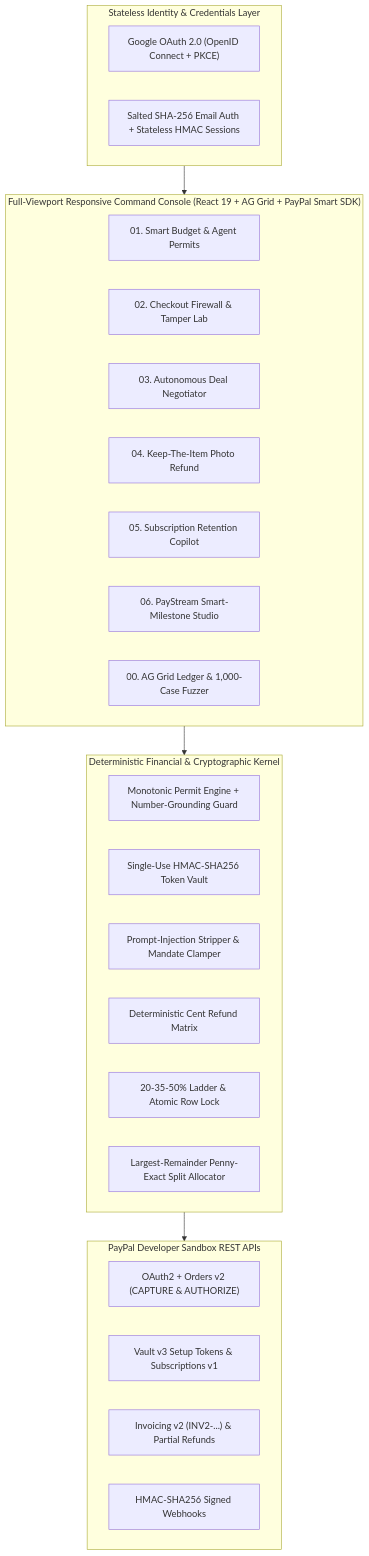
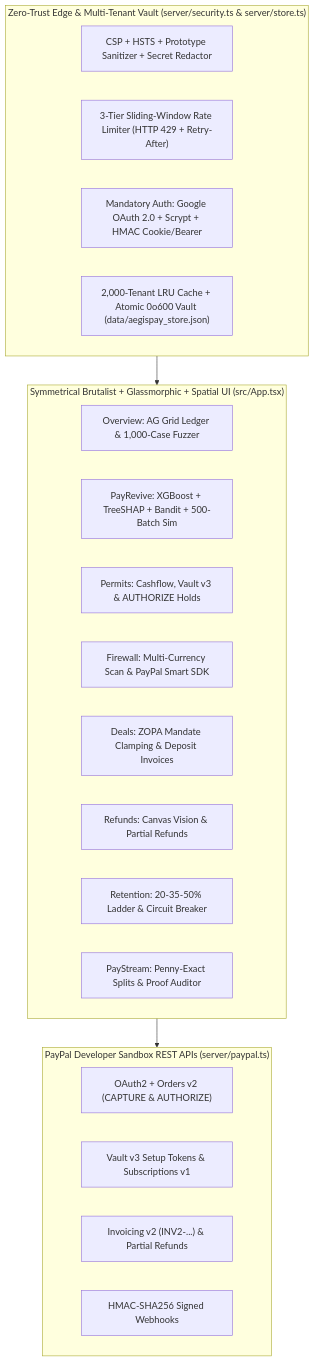
One commit to A-P-S-Bhaidav/PayPal_Hackathon changed the diagram in docs/SYSTEM_ARCHITECTURE.md. Above: the diagram before and after it, drawn with Mermaid. The commit also changed other lines of this file and 35 other files, not shown here.

Commit message:
feat(v3): add PayRevive XGBoost+SHAP+Bandit recovery, mandatory zero-trust auth, multi-tenant vault, rate limiting, and Brutalist Spatial UI

````diff
--- a/docs/SYSTEM_ARCHITECTURE.md
+++ b/docs/SYSTEM_ARCHITECTURE.md
@@ -28,37 +21,30 @@
 ```mermaid
 flowchart TB
-    subgraph Identity["Stateless Identity & Credentials Layer"]
-        ID1["Google OAuth 2.0 (OpenID Connect + PKCE)"]
-        ID2["Salted SHA-256 Email Auth + Stateless HMAC Sessions"]
+    subgraph Security["Zero-Trust Edge & Multi-Tenant Vault (server/security.ts & server/store.ts)"]
+        S1["CSP + HSTS + Prototype Sanitizer + Secret Redactor"]
+        S2["3-Tier Sliding-Window Rate Limiter (HTTP 429 + Retry-After)"]
+        S3["Mandatory Auth: Google OAuth 2.0 + Scrypt + HMAC Cookie/Bearer"]
+        S4["2,000-Tenant LRU Cache + Atomic 0o600 Vault (data/aegispay_store.json)"]
     end
 
-    subgraph Console["Full-Viewport Responsive Command Console (React 19 + AG Grid + PayPal Smart SDK)"]
-        M1["01. Smart Budget & Agent Permits"]
-        M2["02. Checkout Firewall & Tamper Lab"]
-        M3["03. Autonomous Deal Negotiator"]
-        M4["04. Keep-The-Item Photo Refund"]
-        M5["05. Subscription Retention Copilot"]
-        M6["06. PayStream Smart-Milestone Studio"]
-        M0["00. AG Grid Ledger & 1,000-Case Fuzzer"]
+    subgraph Console["Symmetrical Brutalist + Glassmorphic + Spatial UI (src/App.tsx)"]
+        M0["Overview: AG Grid Ledger & 1,000-Case Fuzzer"]
+        M7["PayRevive: XGBoost + TreeSHAP + Bandit + 500-Batch Sim"]
+        M1["Permits: Cashflow, Vault v3 & AUTHORIZE Holds"]
+        M2["Firewall: Multi-Currency Scan & PayPal Smart SDK"]
+        M3["Deals: ZOPA Mandate Clamping & Deposit Invoices"]
+        M4["Refunds: Canvas Vision & Partial Refunds"]
+        M5["Retention: 20-35-50% Ladder & Circuit Breaker"]
+        M6["PayStream: Penny-Exact Splits & Proof Auditor"]
     end
 
-    subgraph Kernel["Deterministic Financial & Cryptographic Kernel"]
-        K1["Monotonic Permit Engine + Number-Grounding Guard"]
-        K2["Single-Use HMAC-SHA256 Token Vault"]
-        K3["Prompt-Injection Stripper & Mandate Clamper"]
-        K4["Deterministic Cent Refund Matrix"]
-        K5["20-35-50% Ladder & Atomic Row Lock"]
-        K6["Largest-Remainder Penny-Exact Split Allocator"]
-    end
-
-    subgraph PayPal["PayPal Developer Sandbox REST APIs"]
+    subgraph PayPal["PayPal Developer Sandbox REST APIs (server/paypal.ts)"]
         P1["OAuth2 + Orders v2 (CAPTURE & AUTHORIZE)"]
         P2["Vault v3 Setup Tokens & Subscriptions v1"]
         P3["Invoicing v2 (INV2-...) & Partial Refunds"]
         P4["HMAC-SHA256 Signed Webhooks"]
     end
 
-    Identity --> Console
-    Console --> Kernel
-    Kernel --> PayPal
+    Security --> Console
+    Console --> PayPal
 ```
````
